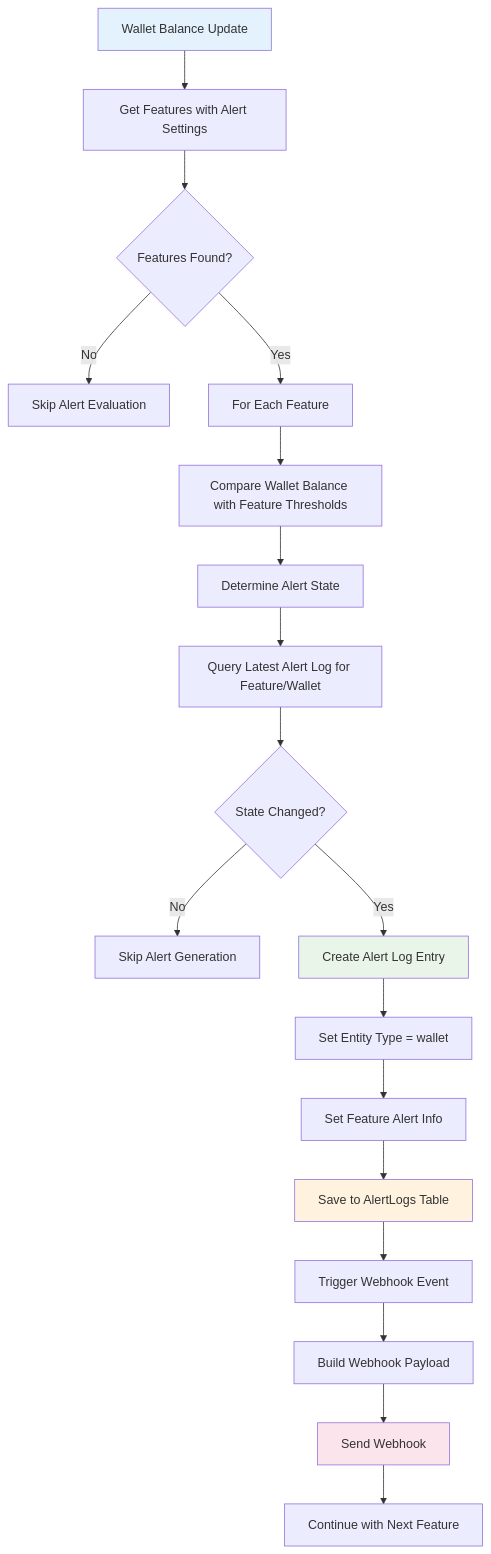
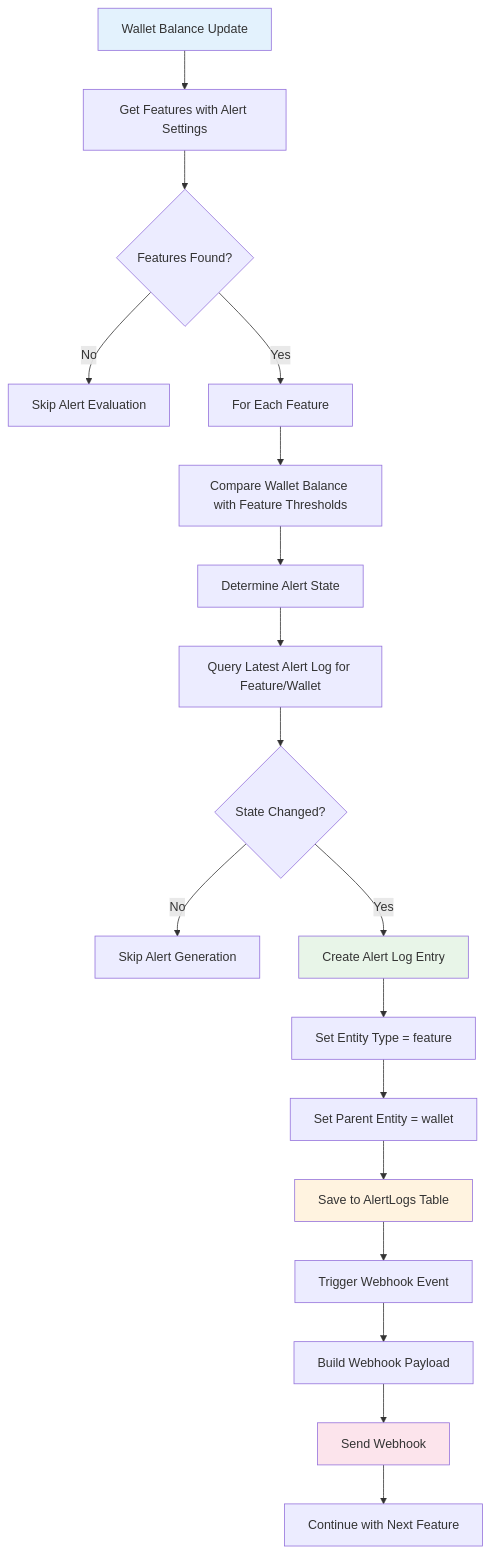
Before and after one commit to vidinfra/flexprice: the ninth of 9 diagrams in docs/prds/sentinel_alert_engine.md, drawn with Mermaid. The commit also changed other lines of this file and 26 other files, not shown here.

Commit message:
feat(feature): add clean feature.wallet_balance alert workflow

````diff
--- a/docs/prds/sentinel_alert_engine.md
+++ b/docs/prds/sentinel_alert_engine.md
@@ -966,29 +1403,29 @@
 ```mermaid
 flowchart TD
     A[Wallet Balance Update] --> B[Get Features with Alert Settings]
     B --> C{Features Found?}
     C -->|No| D[Skip Alert Evaluation]
     C -->|Yes| E[For Each Feature]
     
     E --> F[Compare Wallet Balance with Feature Thresholds]
     F --> G[Determine Alert State]
     G --> H[Query Latest Alert Log for Feature/Wallet]
     H --> I{State Changed?}
     
     I -->|No| J[Skip Alert Generation]
     I -->|Yes| K[Create Alert Log Entry]
     
-    K --> L[Set Entity Type = wallet]
-    L --> M[Set Feature Alert Info]
+    K --> L[Set Entity Type = feature]
+    L --> M[Set Parent Entity = wallet]
     M --> N[Save to AlertLogs Table]
     N --> O[Trigger Webhook Event]
     
     O --> P[Build Webhook Payload]
     P --> Q[Send Webhook]
     Q --> R[Continue with Next Feature]
     
     style A fill:#e3f2fd
     style K fill:#e8f5e8
     style N fill:#fff3e0
     style Q fill:#fce4ec
 ```
````
